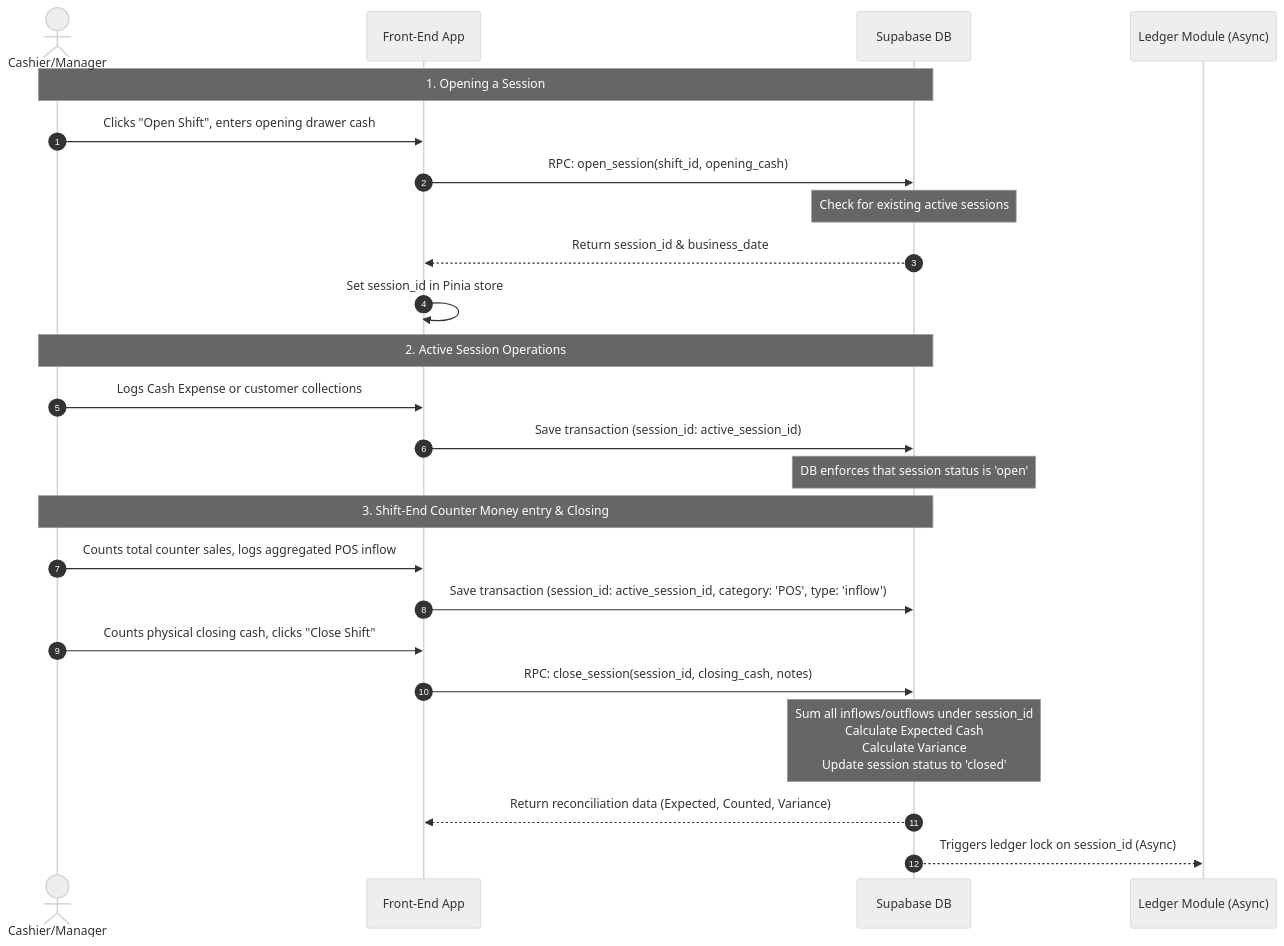
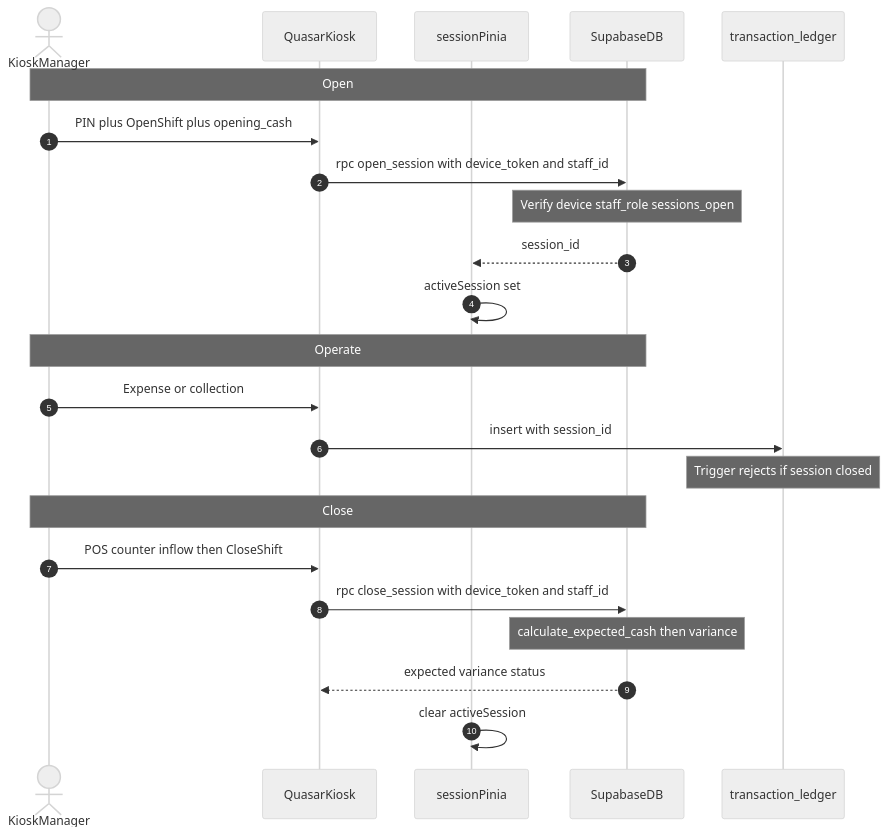
The third of 3 diagrams in docs/operational_shifts_sessions.md (marceldavidbaroi/Smart-Hisab), drawn with Mermaid (neutral theme) before and after one commit. The commit also changed other lines of this file and 64 other files, not shown here.

````diff
--- a/docs/operational_shifts_sessions.md
+++ b/docs/operational_shifts_sessions.md
@@ -311,29 +326,28 @@
 ```mermaid
 sequenceDiagram
     autonumber
-    actor Cashier as Cashier/Manager
-    participant App as Front-End App
-    participant DB as Supabase DB
-    participant Ledger as Ledger Module (Async)
+    actor Manager as KioskManager
+    participant App as QuasarKiosk
+    participant Store as sessionPinia
+    participant DB as SupabaseDB
+    participant Ledger as transaction_ledger
 
-    Note over Cashier, DB: 1. Opening a Session
-    Cashier->>App: Clicks "Open Shift", enters opening drawer cash
-    App->>DB: RPC: open_session(shift_id, opening_cash)
-    Note over DB: Check for existing active sessions
-    DB-->>App: Return session_id & business_date
-    App->>App: Set session_id in Pinia store
+    Note over Manager, DB: Open
+    Manager->>App: PIN plus OpenShift plus opening_cash
+    App->>DB: rpc open_session with device_token and staff_id
+    Note over DB: Verify device staff_role sessions_open
+    DB-->>Store: session_id
+    Store->>Store: activeSession set
 
-    Note over Cashier, DB: 2. Active Session Operations
-    Cashier->>App: Logs Cash Expense or customer collections
-    App->>DB: Save transaction (session_id: active_session_id)
-    Note over DB: DB enforces that session status is 'open'
+    Note over Manager, DB: Operate
+    Manager->>App: Expense or collection
+    App->>Ledger: insert with session_id
+    Note over Ledger: Trigger rejects if session closed
 
-    Note over Cashier, DB: 3. Shift-End Counter Money entry & Closing
-    Cashier->>App: Counts total counter sales, logs aggregated POS inflow
-    App->>DB: Save transaction (session_id: active_session_id, category: 'POS', type: 'inflow')
-    Cashier->>App: Counts physical closing cash, clicks "Close Shift"
-    App->>DB: RPC: close_session(session_id, closing_cash, notes)
-    Note over DB: Sum all inflows/outflows under session_id<br/>Calculate Expected Cash<br/>Calculate Variance<br/>Update session status to 'closed'
-    DB-->>App: Return reconciliation data (Expected, Counted, Variance)
-    DB-->>Ledger: Triggers ledger lock on session_id (Async)
+    Note over Manager, DB: Close
+    Manager->>App: POS counter inflow then CloseShift
+    App->>DB: rpc close_session with device_token and staff_id
+    Note over DB: calculate_expected_cash then variance
+    DB-->>App: expected variance status
+    Store->>Store: clear activeSession
 ```
````
